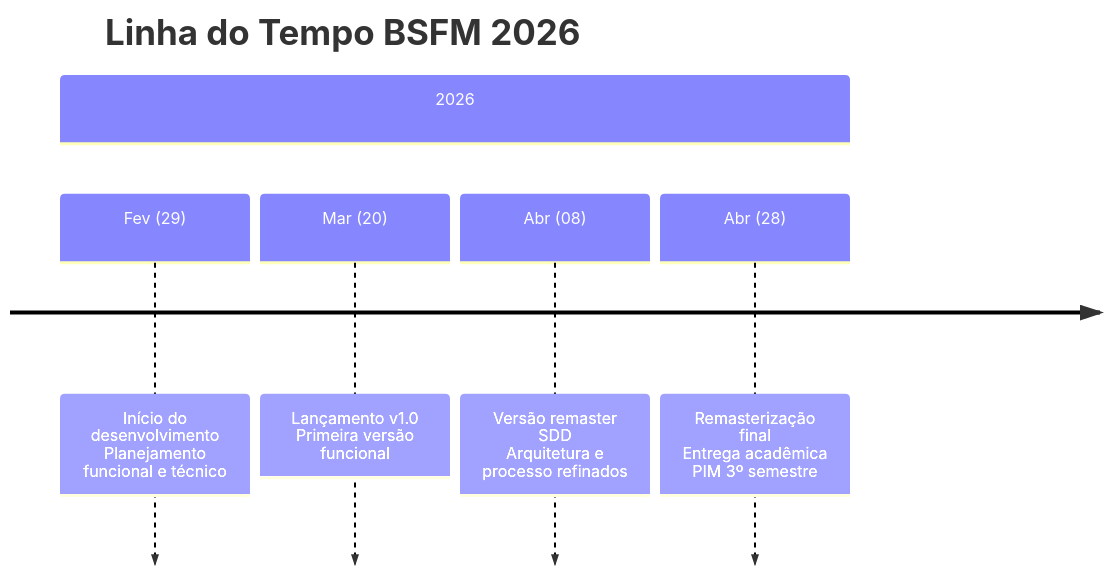
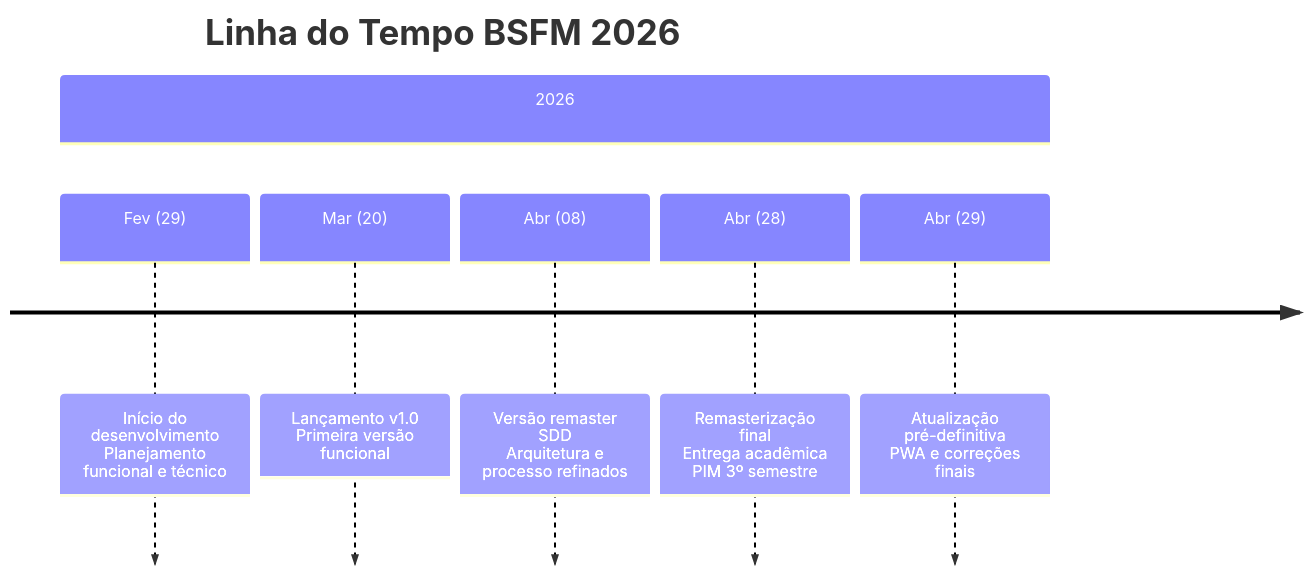
The diagram in docs/roadmap/index.md (Isaque-Medeiros/pim-03semestre-ads), drawn with Mermaid before and after one commit. The commit also changed other lines of this file and 4 other files, not shown here.

````diff
--- a/docs/roadmap/index.md
+++ b/docs/roadmap/index.md
@@ -9,9 +9,10 @@
 ```mermaid
 timeline
     title Linha do Tempo BSFM 2026
     section 2026
         Fev (29) : Início do desenvolvimento<br>Planejamento funcional e técnico
         Mar (20) : Lançamento v1.0<br>Primeira versão funcional
         Abr (08) : Versão remaster SDD<br>Arquitetura e processo refinados
         Abr (28) : Remasterização final<br>Entrega acadêmica PIM 3º semestre
+        Abr (29) : Atualização pré-definitiva<br>PWA e correções finais
 ```
````
